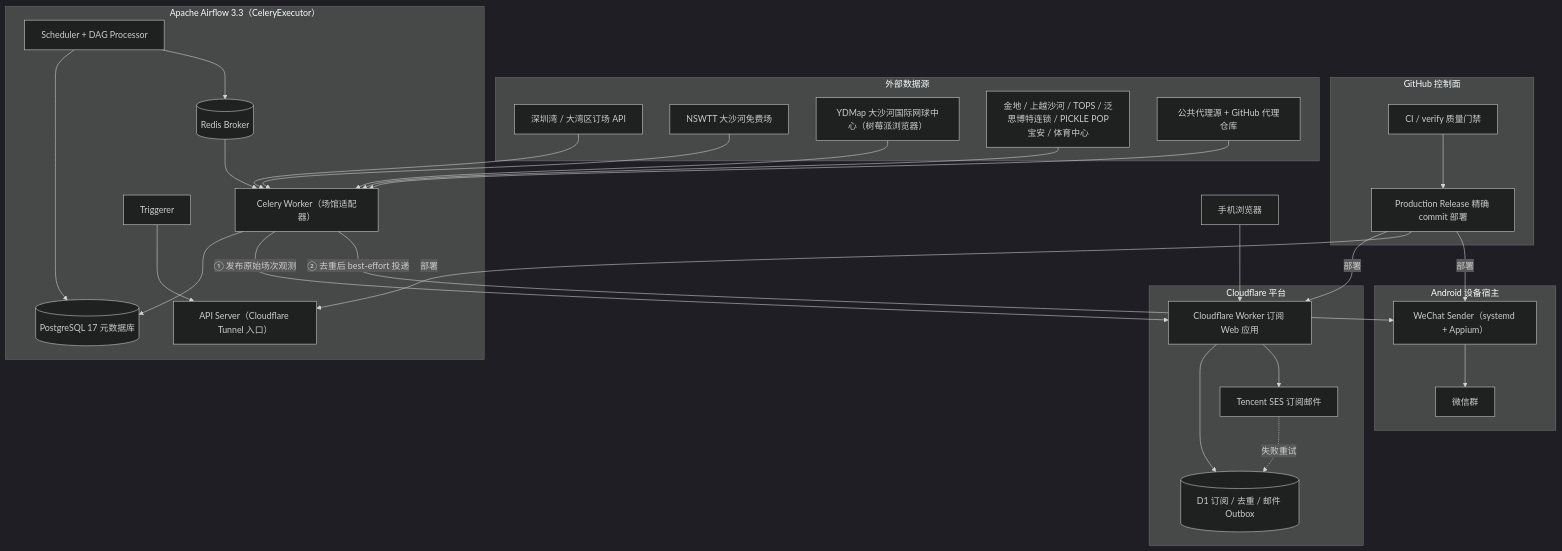
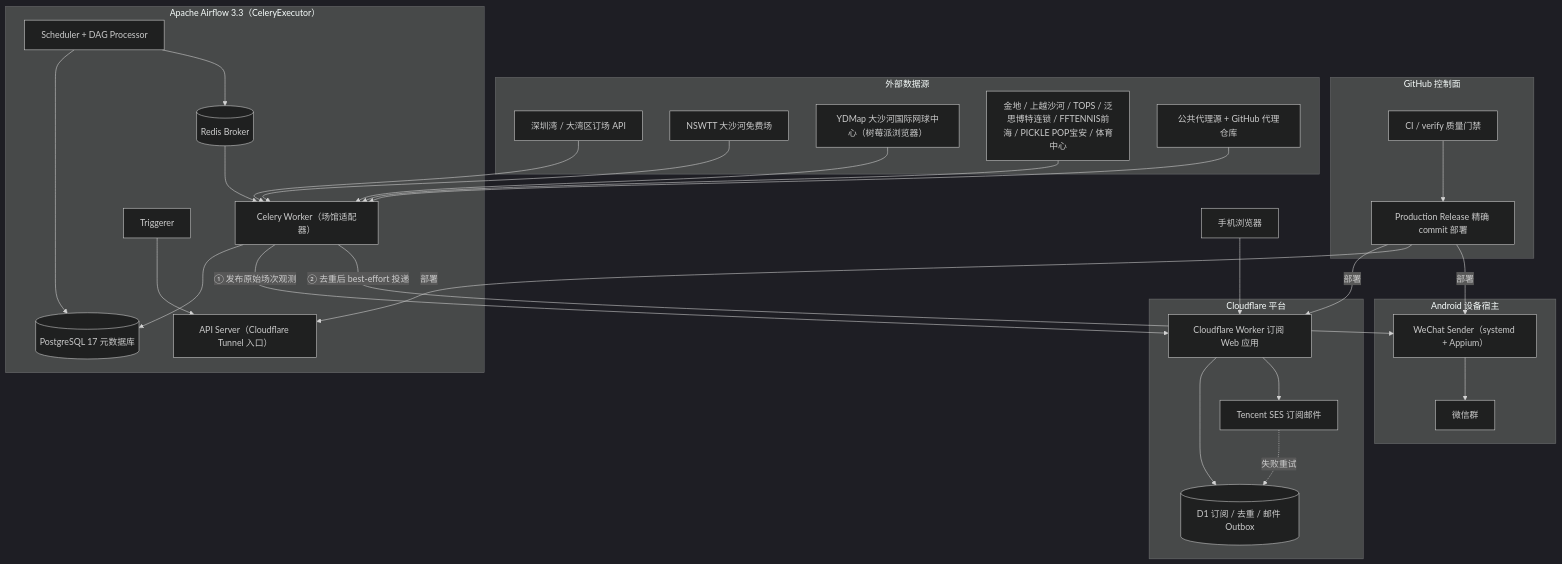
One commit to claude89757/wechat-on-airflow changed the diagram in README.md. Above: the diagram before and after it, drawn with Mermaid (dark theme). The commit also changed other lines of this file and 23 other files, not shown here.

````diff
--- a/README.md
+++ b/README.md
@@ -24,60 +24,60 @@
 ```mermaid
 flowchart TB
     subgraph control["GitHub 控制面"]
         CI["CI / verify 质量门禁"]
         Release["Production Release 精确 commit 部署"]
         CI --> Release
     end
 
     subgraph sources["外部数据源"]
         SZ["深圳湾 / 大湾区订场 API"]
         NSWTT["NSWTT 大沙河免费场"]
         YDMAP["YDMap 大沙河国际网球中心（树莓派浏览器）"]
-        VENUES["金地 / 上越沙河 / TOPS / 泛思博特连锁 / PICKLE POP宝安 / 体育中心"]
+        VENUES["金地 / 上越沙河 / TOPS / 泛思博特连锁 / FFTENNIS前海 / PICKLE POP宝安 / 体育中心"]
         PROXY["公共代理源 + GitHub 代理仓库"]
     end
 
     subgraph airflow["Apache Airflow 3.3（CeleryExecutor）"]
         Scheduler["Scheduler + DAG Processor"]
         Worker["Celery Worker（场馆适配器）"]
         Triggerer["Triggerer"]
         DB[("PostgreSQL 17 元数据库")]
         Redis[("Redis Broker")]
         ApiSrv["API Server（Cloudflare Tunnel 入口）"]
         Scheduler --> DB
         Scheduler --> Redis
         Redis --> Worker
         Worker --> DB
         Triggerer --> ApiSrv
     end
 
     subgraph cf["Cloudflare 平台"]
         WebApp["Cloudflare Worker 订阅 Web 应用"]
         D1[("D1 订阅 / 去重 / 邮件 Outbox")]
         SES["Tencent SES 订阅邮件"]
         WebApp --> D1
         WebApp --> SES
         SES -. 失败重试 .-> D1
     end
 
     subgraph android["Android 设备宿主"]
         Sender["WeChat Sender（systemd + Appium）"]
         Chat["微信群"]
         Sender --> Chat
     end
 
     Browser["手机浏览器"] --> WebApp
 
     SZ --> Worker
     NSWTT --> Worker
     YDMAP --> Worker
     VENUES --> Worker
     PROXY --> Worker
 
     Worker -->|"① 发布原始场次观测"| WebApp
     Worker -->|"② 去重后 best-effort 投递"| Sender
 
     Release -->|"部署"| WebApp
     Release -->|"部署"| ApiSrv
     Release -->|"部署"| Sender
 ```
````
